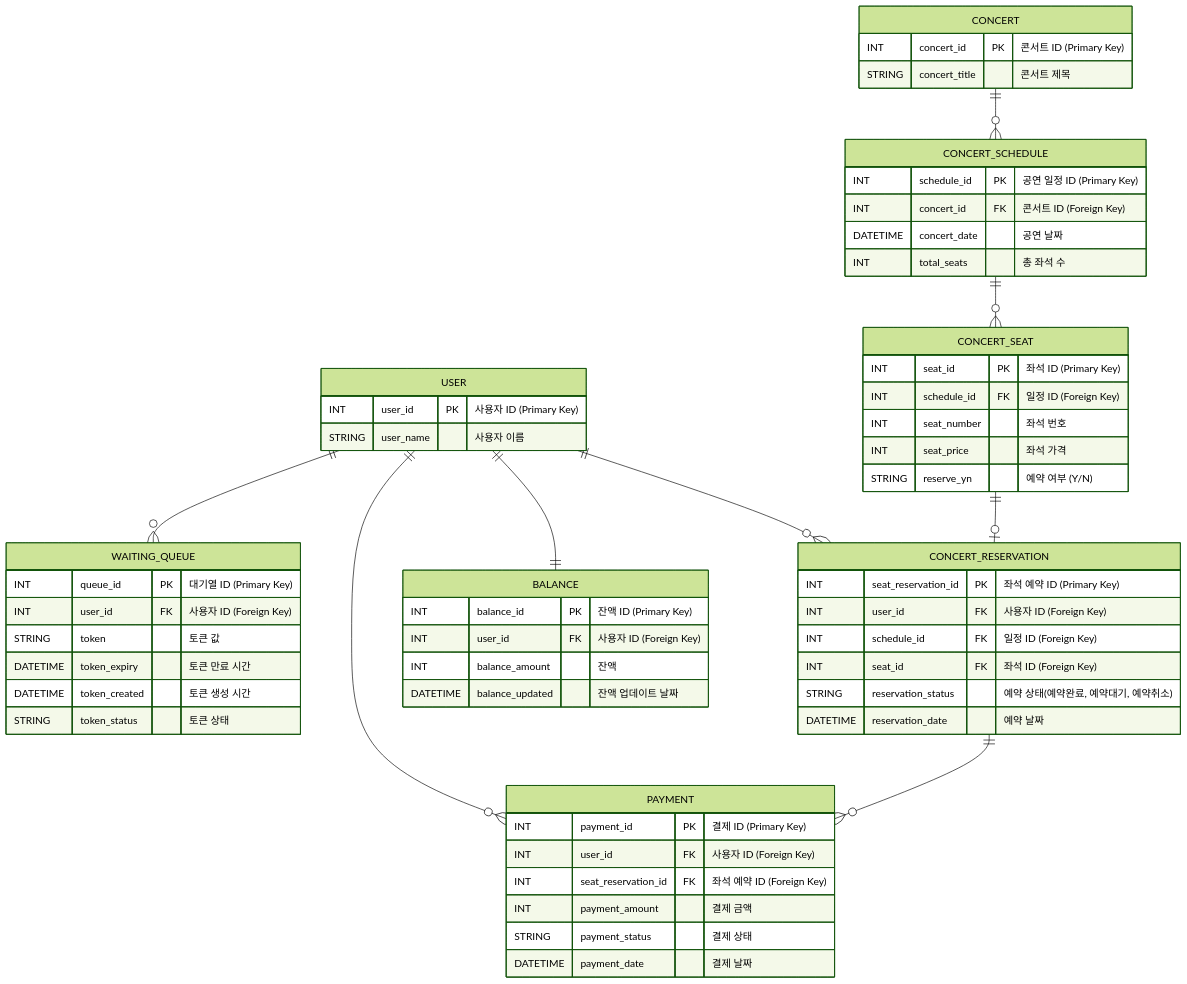
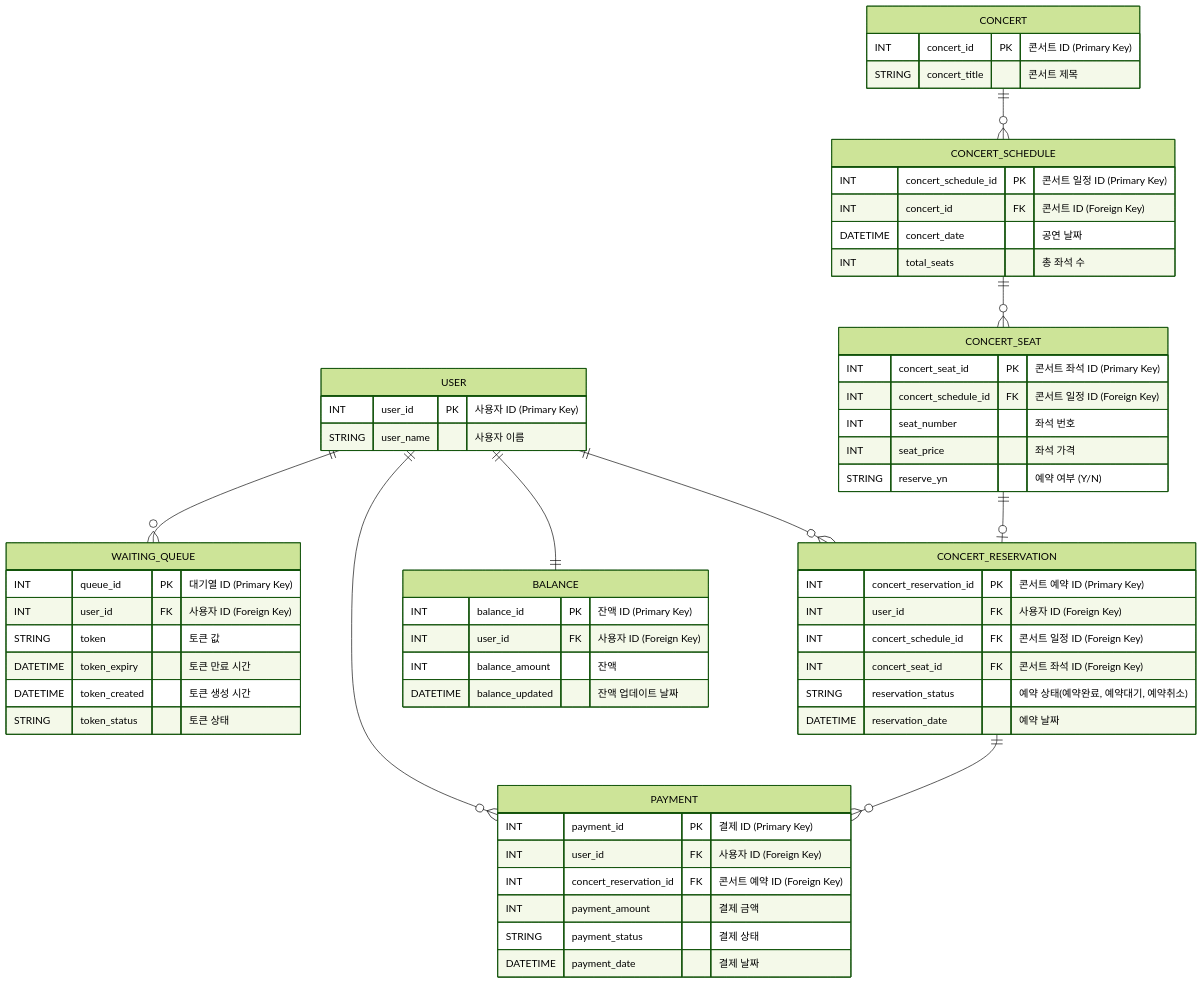
Before and after one commit to seungwontech/hhplus-concert-week3-5: the diagram in docs/ERD.md, drawn with Mermaid (forest theme). The commit also changed 9 other files, not shown here.

````diff
--- a/docs/ERD.md
+++ b/docs/ERD.md
@@ -3,72 +3,72 @@
 ```mermaid
 erDiagram
     USER {
         INT user_id PK "사용자 ID (Primary Key)"
         STRING user_name "사용자 이름"
     }
 
     WAITING_QUEUE {
         INT queue_id PK "대기열 ID (Primary Key)"
         INT user_id FK "사용자 ID (Foreign Key)"
         STRING token "토큰 값"
         DATETIME token_expiry "토큰 만료 시간"
         DATETIME token_created "토큰 생성 시간"
         STRING token_status "토큰 상태"
     }
 
     CONCERT {
         INT concert_id PK "콘서트 ID (Primary Key)"
         STRING concert_title "콘서트 제목"
     }
 
     CONCERT_SCHEDULE {
-        INT schedule_id PK "공연 일정 ID (Primary Key)"
+        INT concert_schedule_id PK "콘서트 일정 ID (Primary Key)"
         INT concert_id FK "콘서트 ID (Foreign Key)"
         DATETIME concert_date "공연 날짜"
         INT total_seats "총 좌석 수"
     }
 
     CONCERT_SEAT {
-        INT seat_id PK "좌석 ID (Primary Key)"
-        INT schedule_id FK "일정 ID (Foreign Key)"
+        INT concert_seat_id PK "콘서트 좌석 ID (Primary Key)"
+        INT concert_schedule_id FK "콘서트 일정 ID (Foreign Key)"
         INT seat_number "좌석 번호"
         INT seat_price "좌석 가격"
         STRING reserve_yn "예약 여부 (Y/N)"
     }
 
     CONCERT_RESERVATION {
-        INT seat_reservation_id PK "좌석 예약 ID (Primary Key)"
+        INT concert_reservation_id PK "콘서트 예약 ID (Primary Key)"
         INT user_id FK "사용자 ID (Foreign Key)"
-        INT schedule_id FK "일정 ID (Foreign Key)"
-        INT seat_id FK "좌석 ID (Foreign Key)"
+        INT concert_schedule_id FK "콘서트 일정 ID (Foreign Key)"
+        INT concert_seat_id FK "콘서트 좌석 ID (Foreign Key)"
         STRING reservation_status "예약 상태(예약완료, 예약대기, 예약취소)"
         DATETIME reservation_date "예약 날짜"
     }
 
     PAYMENT {
         INT payment_id PK "결제 ID (Primary Key)"
         INT user_id FK "사용자 ID (Foreign Key)"
-        INT seat_reservation_id FK "좌석 예약 ID (Foreign Key)"
+        INT concert_reservation_id FK "콘서트 예약 ID (Foreign Key)"
         INT payment_amount "결제 금액"
         STRING payment_status "결제 상태"
         DATETIME payment_date "결제 날짜"
     }
 
     BALANCE {
         INT balance_id PK "잔액 ID (Primary Key)"
         INT user_id FK "사용자 ID (Foreign Key)"
         INT balance_amount "잔액"
         DATETIME balance_updated "잔액 업데이트 날짜"
     }
 
     CONCERT ||--o{ CONCERT_SCHEDULE : ""
     CONCERT_SCHEDULE ||--o{ CONCERT_SEAT : ""
     USER ||--o{ CONCERT_RESERVATION : ""
     USER ||--o{ PAYMENT : ""
     USER ||--o{ WAITING_QUEUE : ""
     CONCERT_SEAT ||--o| CONCERT_RESERVATION : ""
     CONCERT_RESERVATION ||--o{ PAYMENT : ""
     USER ||--|| BALANCE : ""
 
 
 ```
````
